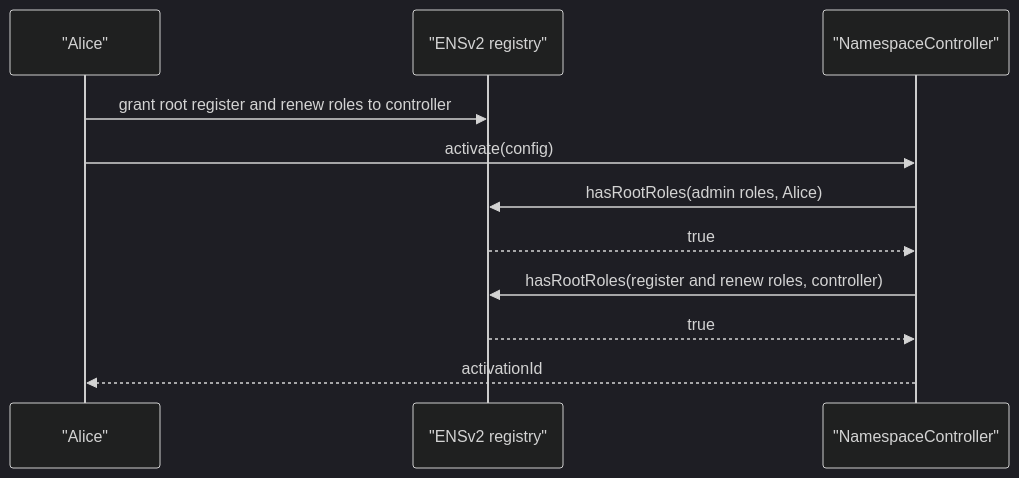
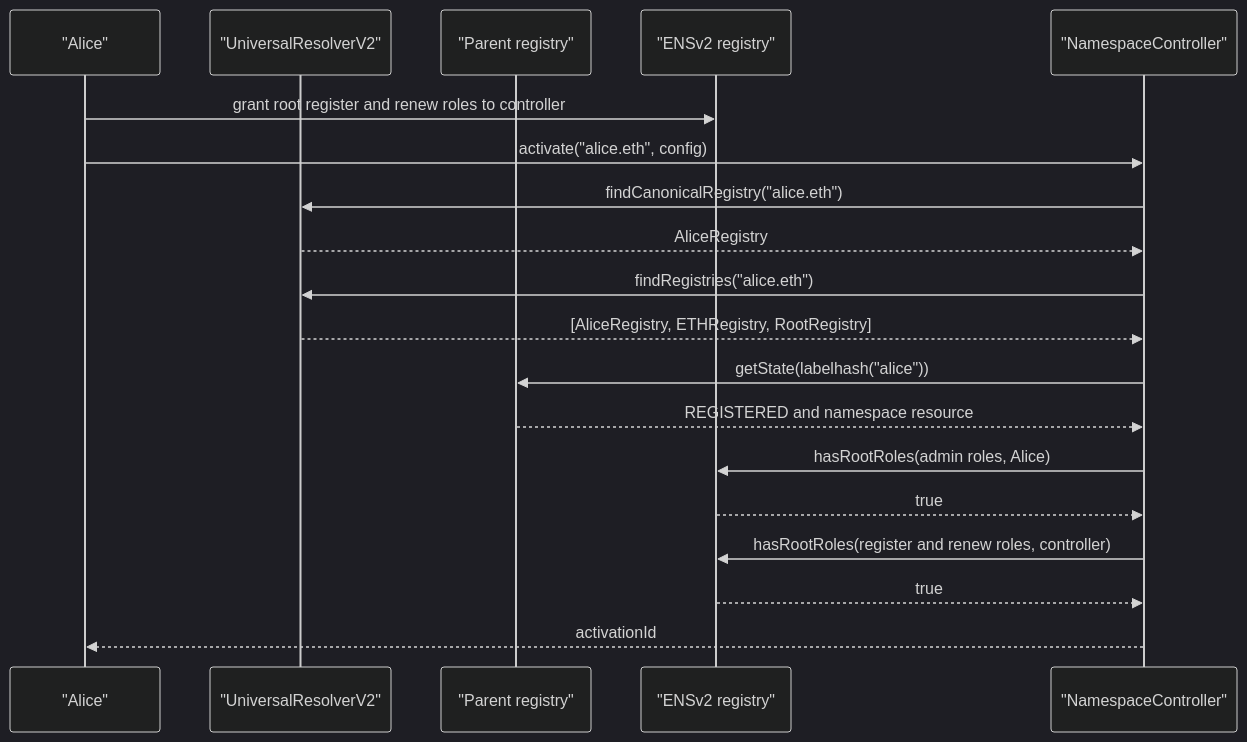
One commit to envoy1084/namespace-contracts-v2 changed the first of 2 diagrams in docs/03-ensv2-integration-and-permissions.md. Above: the diagram before and after it, drawn with Mermaid (dark theme). The commit also changed other lines of this file and 25 other files, not shown here.

````diff
--- a/docs/03-ensv2-integration-and-permissions.md
+++ b/docs/03-ensv2-integration-and-permissions.md
@@ -74,14 +77,22 @@
 ```mermaid
 sequenceDiagram
     participant Alice as "Alice"
+    participant UR as "UniversalResolverV2"
+    participant Parent as "Parent registry"
     participant Registry as "ENSv2 registry"
     participant Controller as "NamespaceController"
 
     Alice->>Registry: grant root register and renew roles to controller
-    Alice->>Controller: activate(config)
+    Alice->>Controller: activate("alice.eth", config)
+    Controller->>UR: findCanonicalRegistry("alice.eth")
+    UR-->>Controller: AliceRegistry
+    Controller->>UR: findRegistries("alice.eth")
+    UR-->>Controller: [AliceRegistry, ETHRegistry, RootRegistry]
+    Controller->>Parent: getState(labelhash("alice"))
+    Parent-->>Controller: REGISTERED and namespace resource
     Controller->>Registry: hasRootRoles(admin roles, Alice)
     Registry-->>Controller: true
     Controller->>Registry: hasRootRoles(register and renew roles, controller)
     Registry-->>Controller: true
     Controller-->>Alice: activationId
 ```
````
